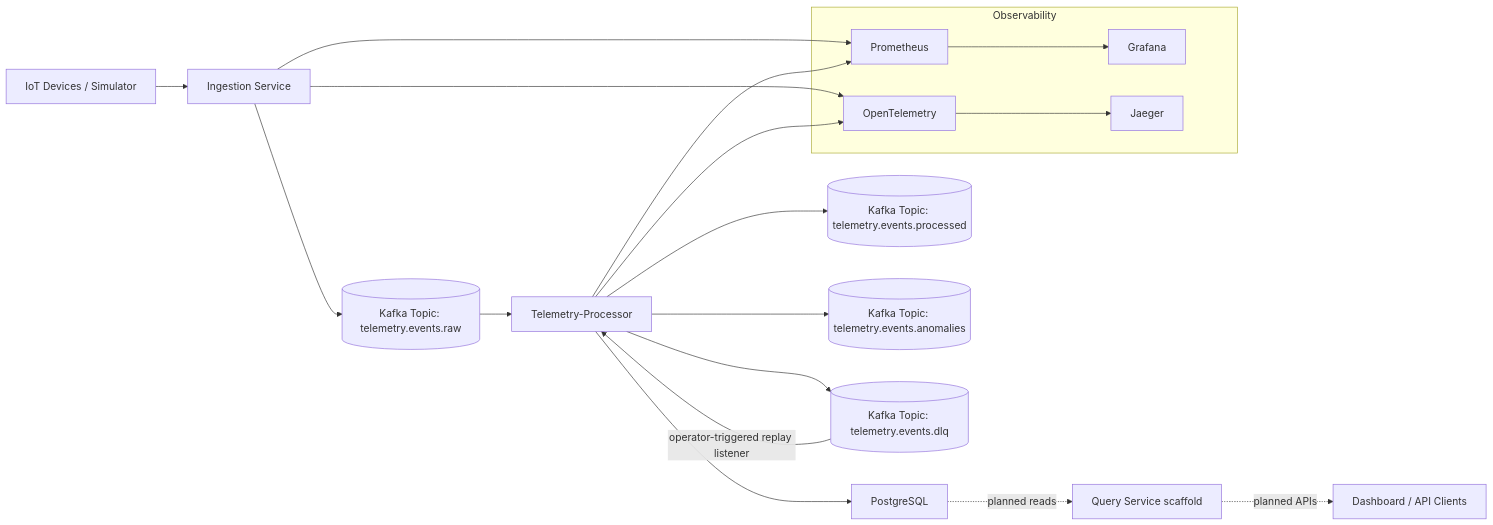
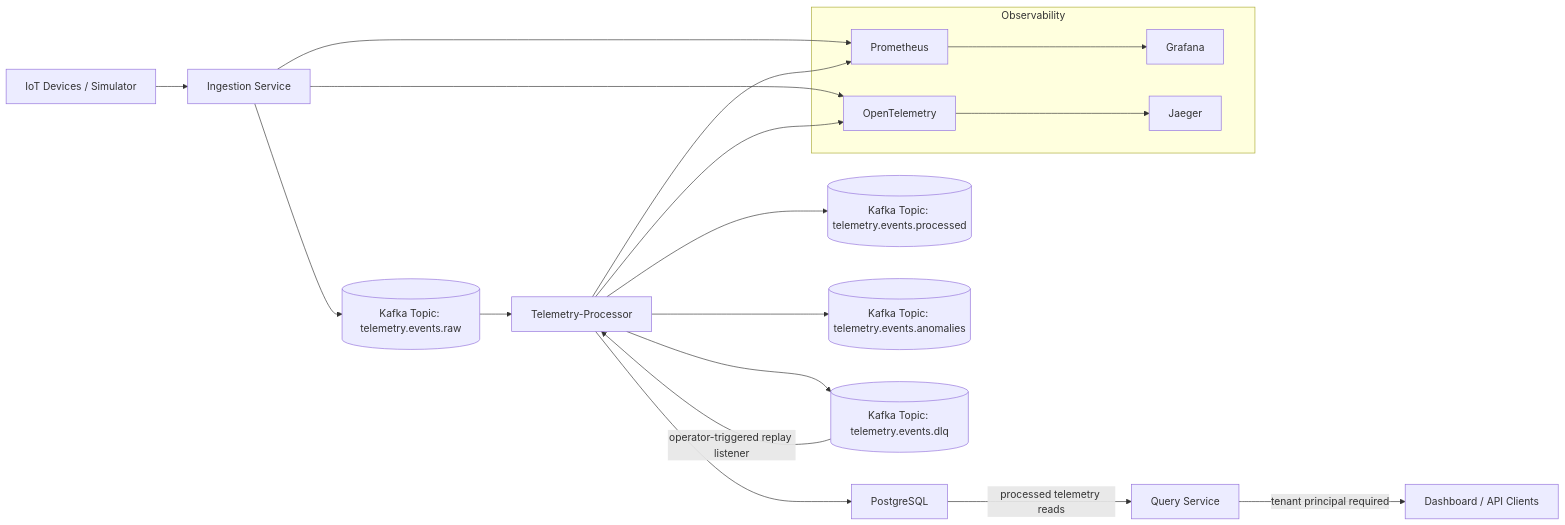
The diagram in docs/diagrams/system-architecture.md (ME-Massine/pulsestream), drawn with Mermaid before and after one commit. The commit also changed other lines of this file and 43 other files, not shown here.

Commit message:
feat(query): implement tenant-scoped processed telemetry API (#356)

````diff
--- a/docs/diagrams/system-architecture.md
+++ b/docs/diagrams/system-architecture.md
@@ -5,32 +5,32 @@
 ```mermaid
 flowchart LR
     A[IoT Devices / Simulator] --> B[Ingestion Service]
     B --> T1[(Kafka Topic: telemetry.events.raw)]
 
     T1 --> C[Telemetry-Processor]
     C --> T2[(Kafka Topic: telemetry.events.processed )]
     C --> T3[(Kafka Topic: telemetry.events.anomalies)]
     C --> T4[(Kafka Topic: telemetry.events.dlq)]
 
     T4 -->|operator-triggered replay listener| C
 
     C --> D[PostgreSQL]
-    D -.->|planned reads| E[Query Service scaffold]
-    E -.->|planned APIs| F[Dashboard / API Clients]
+    D -->|processed telemetry reads| E[Query Service]
+    E -->|tenant principal required| F[Dashboard / API Clients]
 
     subgraph Observability
         P[Prometheus]
         G[Grafana]
         O[OpenTelemetry]
         J[Jaeger]
     end
 
     B --> P
     C --> P
 
     B --> O
     C --> O
 
     P --> G
     O --> J
 ```
````
